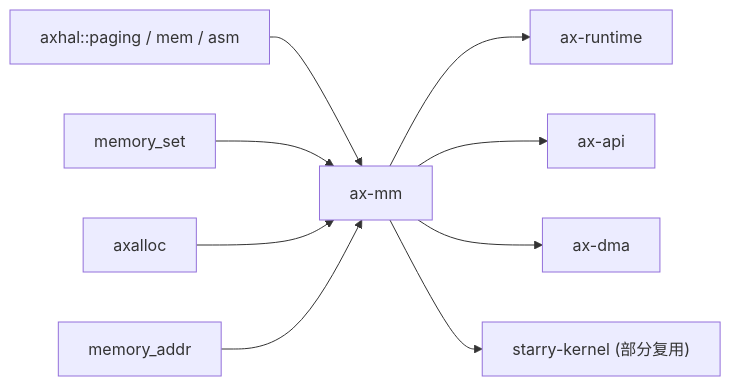
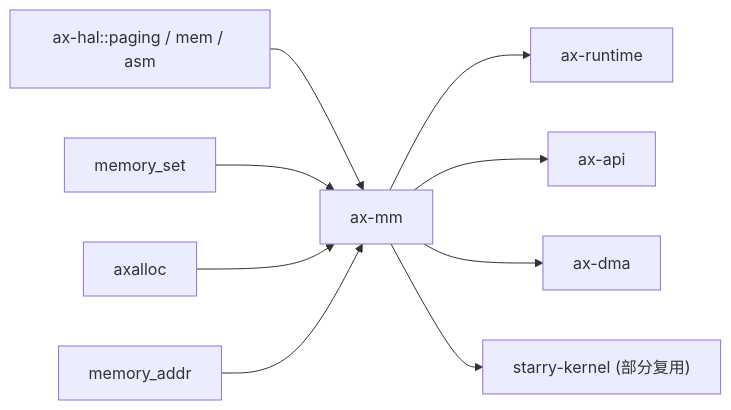
One commit to yfblock/tgoskits changed the second of 2 diagrams in docs/crates/ax-mm.md. Above: the diagram before and after it, drawn with Mermaid. The commit also changed other lines of this file and 158 other files, not shown here.

Commit message:
rename axhal to ax-hal

````diff
--- a/docs/crates/ax-mm.md
+++ b/docs/crates/ax-mm.md
@@ -103,12 +103,12 @@
 ```mermaid
 graph LR
-    axhal["axhal::paging / mem / asm"] --> ax-mm["ax-mm"]
+    ax-hal["ax-hal::paging / mem / asm"] --> ax-mm["ax-mm"]
     memory_set["memory_set"] --> ax-mm
     axalloc["axalloc"] --> ax-mm
     memory_addr["memory_addr"] --> ax-mm
 
     ax-mm --> ax-runtime["ax-runtime"]
     ax-mm --> ax-api["ax-api"]
     ax-mm --> ax_dma["ax-dma"]
     ax-mm --> starry_kernel["starry-kernel (部分复用)"]
 ```
````
